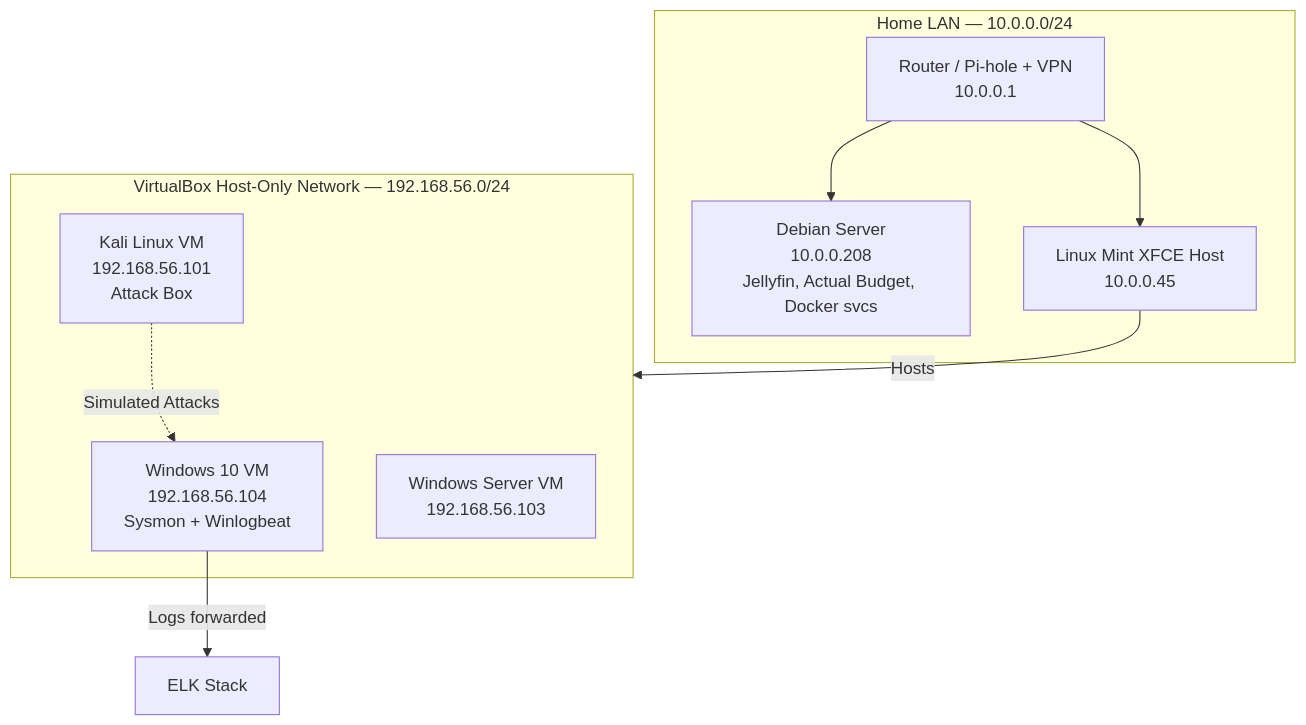
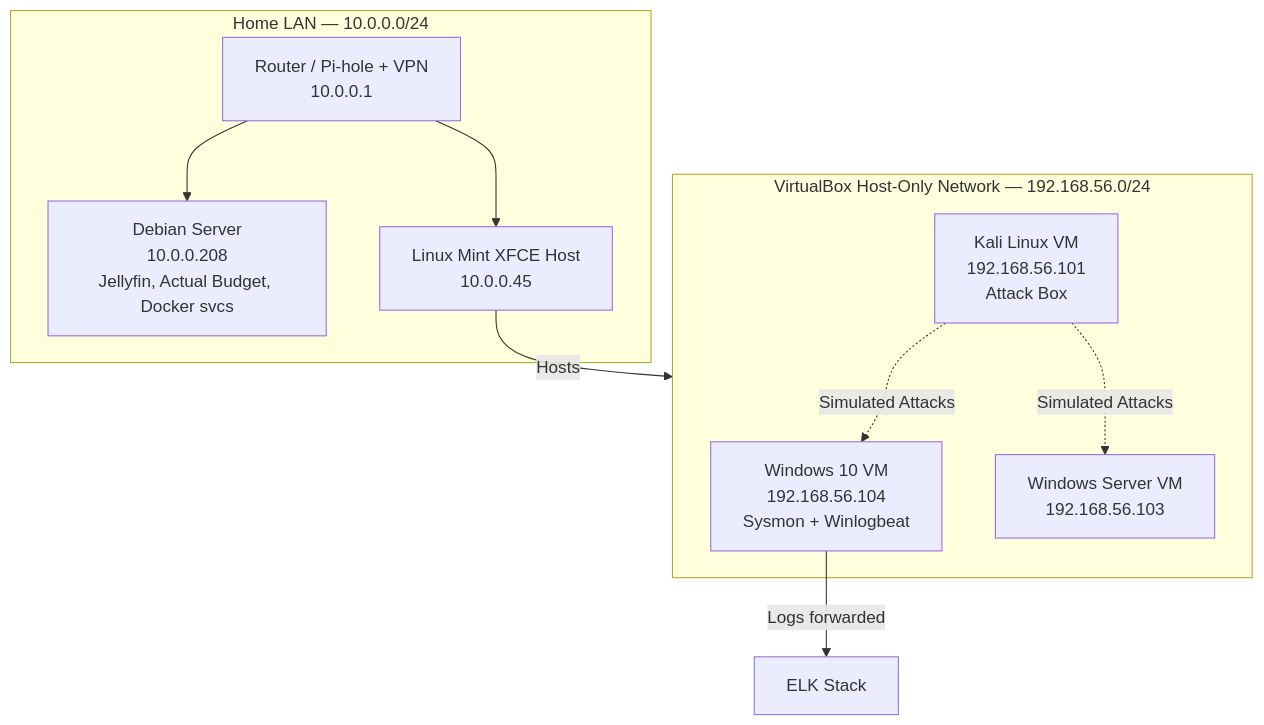
One commit to anthonysito1/cybersecurity-labs changed the diagram in README.md. Above: the diagram before and after it, drawn with Mermaid.

Commit message:
README.md

````diff
--- a/README.md
+++ b/README.md
@@ -13,20 +13,21 @@
 ```mermaid
 graph TB
     subgraph LAN["Home LAN — 10.0.0.0/24"]
         Router["Router / Pi-hole + VPN<br/>10.0.0.1"]
         Server["Debian Server<br/>10.0.0.208<br/>Jellyfin, Actual Budget, Docker svcs"]
         PC["Linux Mint XFCE Host<br/>10.0.0.45"]
     end
 
     subgraph VBOX["VirtualBox Host-Only Network — 192.168.56.0/24"]
         Win10["Windows 10 VM<br/>192.168.56.104<br/>Sysmon + Winlogbeat"]
         WinServer["Windows Server VM<br/>192.168.56.103"]
         Kali["Kali Linux VM<br/>192.168.56.101<br/>Attack Box"]
     end
 
     Router --> Server
     Router --> PC
     PC -->|Hosts| VBOX
     Win10 -->|Logs forwarded| ELK["ELK Stack"]
     Kali -.Simulated Attacks.-> Win10
+    Kali -.Simulated Attacks.-> WinServer
 ```
````
